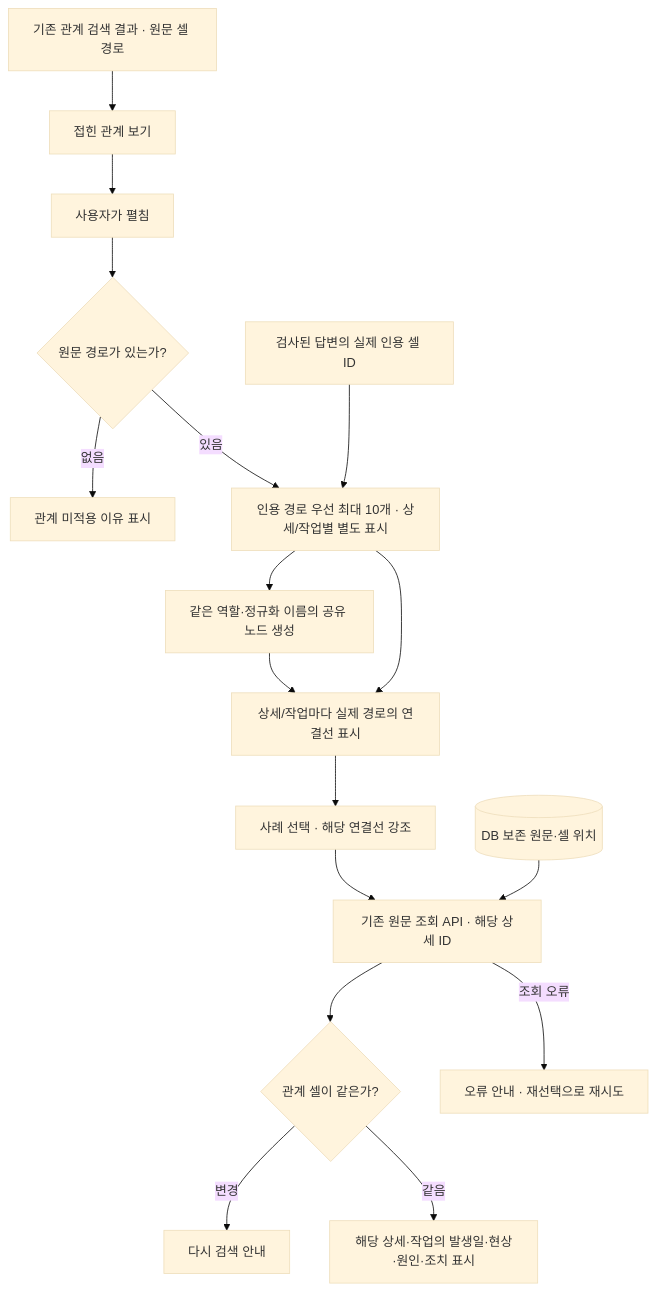
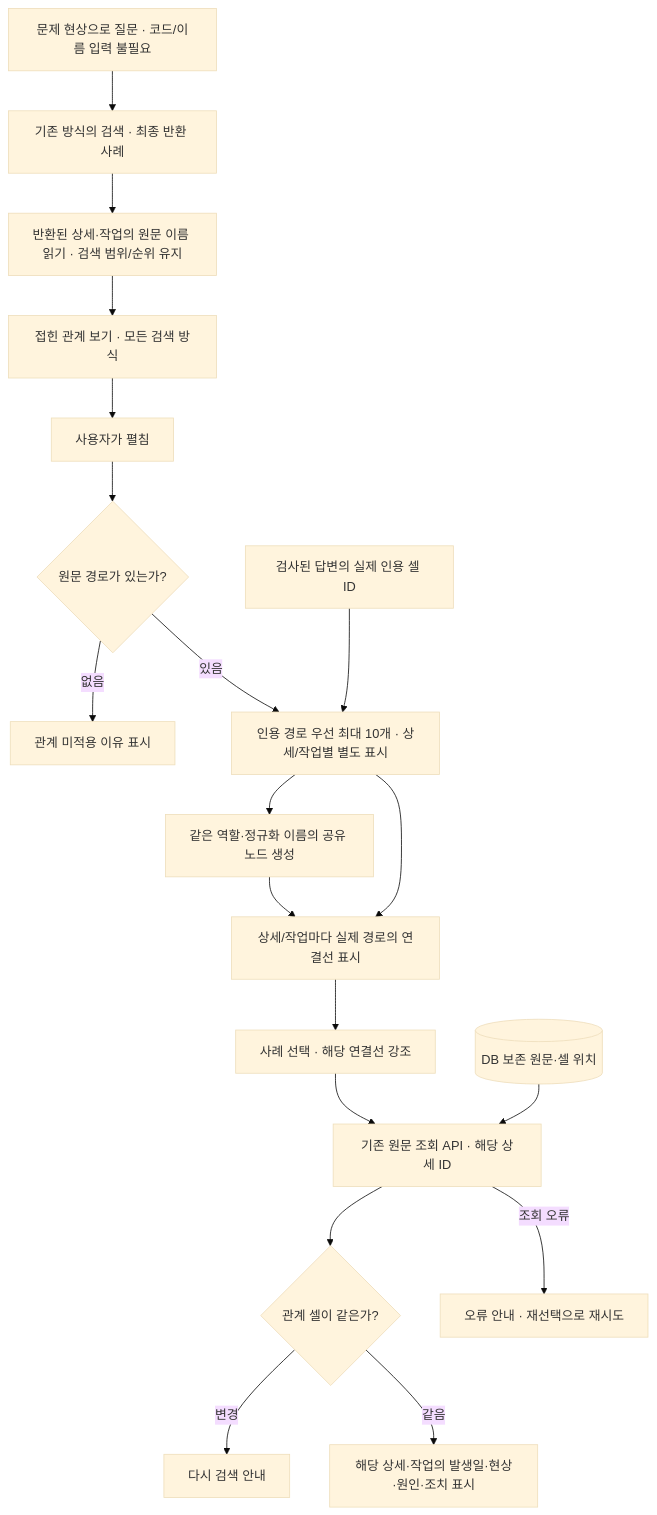
One commit to pmh10401/cs-excel-rag changed the first of 29 diagrams in docs/전체-프로그램-플로우.md. Above: the diagram before and after it, drawn with Mermaid (base theme). The commit also changed other lines of this file and 9 other files, not shown here.

````diff
--- a/docs/전체-프로그램-플로우.md
+++ b/docs/전체-프로그램-플로우.md
@@ -9,19 +9,21 @@
 ```mermaid
 flowchart TD
-    R[기존 관계 검색 결과 · 원문 셀 경로] --> P[접힌 관계 보기]
+    Q[문제 현상으로 질문 · 코드/이름 입력 불필요] --> R[기존 방식의 검색 · 최종 반환 사례]
+    R --> NAMES[반환된 상세·작업의 원문 이름 읽기 · 검색 범위/순위 유지]
+    NAMES --> P[접힌 관계 보기 · 모든 검색 방식]
     P --> OPEN[사용자가 펼침]
     OPEN --> HAS{원문 경로가 있는가?}
     HAS -->|없음| NOTE[관계 미적용 이유 표시]
     HAS -->|있음| LIST[인용 경로 우선 최대 10개 · 상세/작업별 별도 표시]
     CLAIM[검사된 답변의 실제 인용 셀 ID] --> LIST
     LIST --> NODE[같은 역할·정규화 이름의 공유 노드 생성]
     NODE --> EDGE[상세/작업마다 실제 경로의 연결선 표시]
     LIST --> EDGE
     EDGE --> CLICK[사례 선택 · 해당 연결선 강조]
     CLICK --> GET[기존 원문 조회 API · 해당 상세 ID]
     DB[(DB 보존 원문·셀 위치)] --> GET
     GET --> CHECK{관계 셀이 같은가?}
     CHECK -->|변경| RETRY[다시 검색 안내]
     CHECK -->|같음| VIEW[해당 상세·작업의 발생일·현상·원인·조치 표시]
     GET -->|조회 오류| ERROR[오류 안내 · 재선택으로 재시도]
 ```
````
